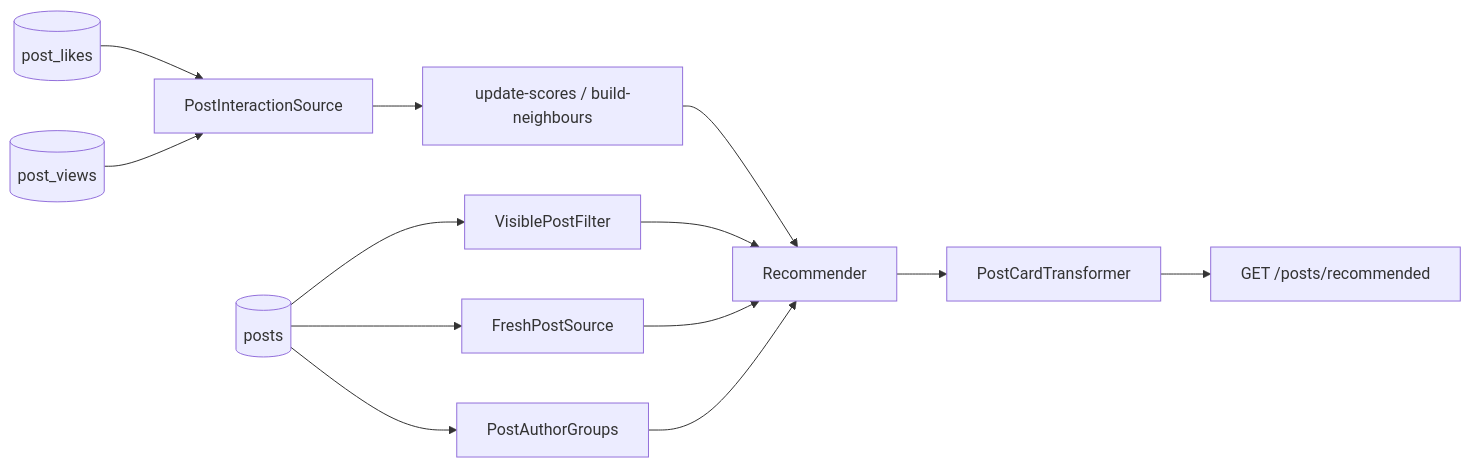
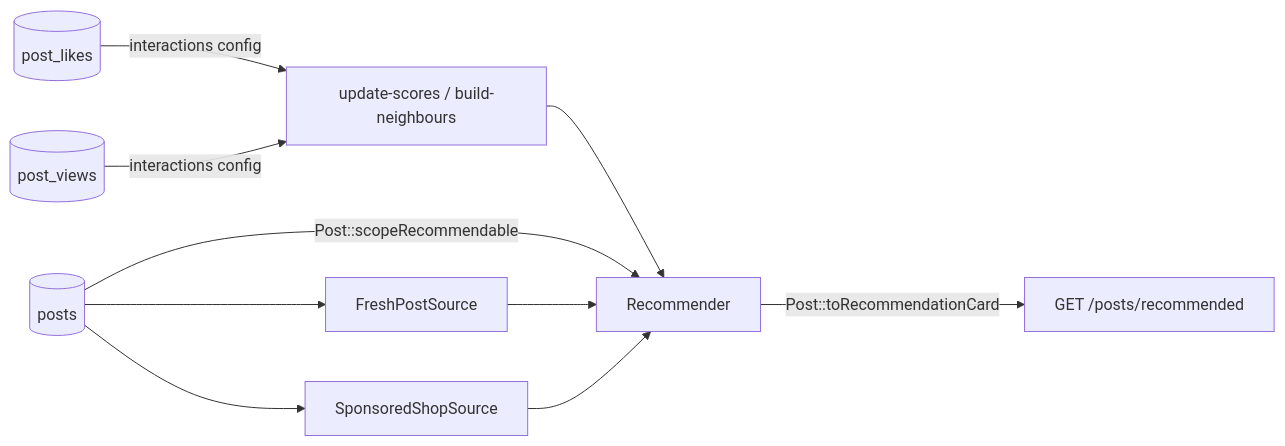
Before and after one commit to solutionforest/laravel-recommender: the diagram in examples/blog/README.md, drawn with Mermaid. The commit also changed other lines of this file and 56 other files, not shown here.

````diff
--- a/examples/blog/README.md
+++ b/examples/blog/README.md
@@ -9,10 +7,8 @@
 ```mermaid
 flowchart LR
-  L[(post_likes)] & V[(post_views)] --> I[PostInteractionSource]
-  I --> J["update-scores / build-neighbours"]
+  L[(post_likes)] & V[(post_views)] -->|interactions config| J["update-scores / build-neighbours"]
   J --> R[Recommender]
-  P[(posts)] --> F[VisiblePostFilter] --> R
-  P --> FS[FreshPostSource] --> R
-  P --> G[PostAuthorGroups] --> R
-  R --> C[PostCardTransformer] --> API["GET /posts/recommended"]
+  P[(posts)] -->|Post::scopeRecommendable| R
+  P --> FS[FreshPostSource] & SS[SponsoredShopSource] --> R
+  R -->|Post::toRecommendationCard| API["GET /posts/recommended"]
 ```
````
